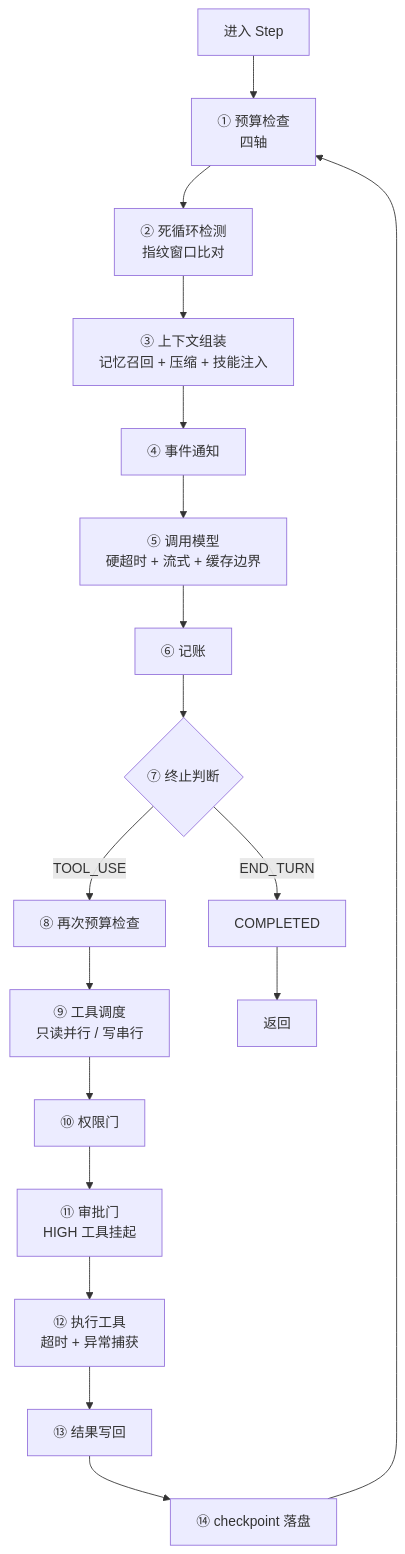
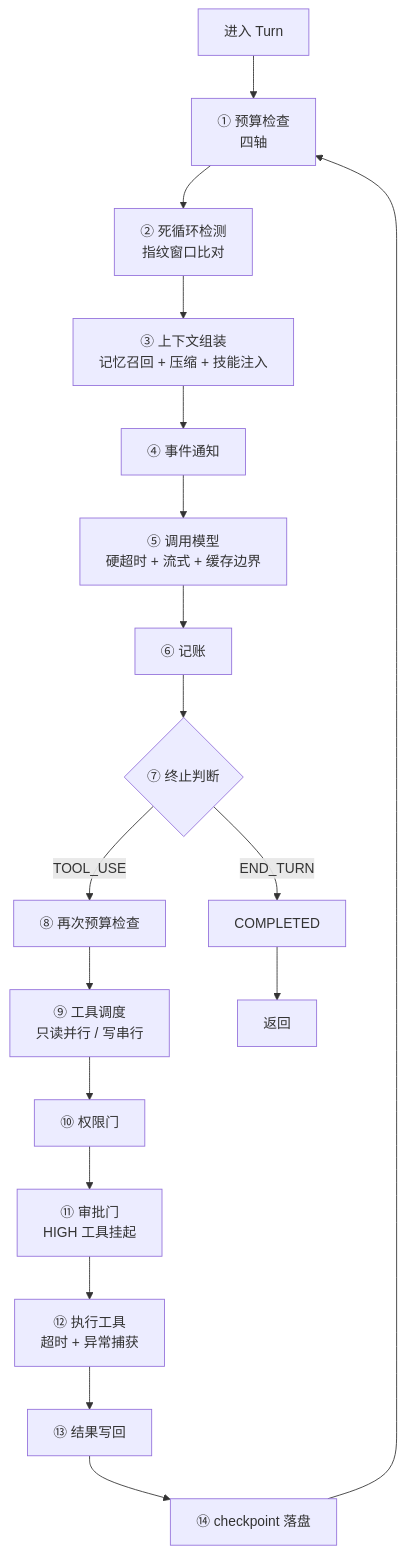
Before and after one commit to limenagent/prodagent: the second of 3 diagrams in docs/book/ch03.md, drawn with Mermaid. The commit also changed other lines of this file and 133 other files, not shown here.

````diff
--- a/docs/book/ch03.md
+++ b/docs/book/ch03.md
@@ -153,20 +153,20 @@
 ```mermaid
 graph TD
-    START["进入 Step"] --> CHECK1["① 预算检查<br/>四轴"]
+    START["进入 Turn"] --> CHECK1["① 预算检查<br/>四轴"]
     CHECK1 --> GUARD["② 死循环检测<br/>指纹窗口比对"]
     GUARD --> ASSEMBLE["③ 上下文组装<br/>记忆召回 + 压缩 + 技能注入"]
     ASSEMBLE --> FIRE1["④ 事件通知"]
     FIRE1 --> CALL["⑤ 调用模型<br/>硬超时 + 流式 + 缓存边界"]
     CALL --> ACCOUNT["⑥ 记账"]
     ACCOUNT --> STOP{"⑦ 终止判断"}
     STOP -->|END_TURN| COMPLETE["COMPLETED"]
     STOP -->|TOOL_USE| CHECK2["⑧ 再次预算检查"]
     CHECK2 --> DISPATCH["⑨ 工具调度<br/>只读并行 / 写串行"]
     DISPATCH --> GATE["⑩ 权限门"]
     GATE --> APPROVE["⑪ 审批门<br/>HIGH 工具挂起"]
     APPROVE --> EXEC["⑫ 执行工具<br/>超时 + 异常捕获"]
     EXEC --> RESULT["⑬ 结果写回"]
     RESULT --> CHECKPOINT["⑭ checkpoint 落盘"]
     CHECKPOINT --> CHECK1
     COMPLETE --> END["返回"]
 ```
````
